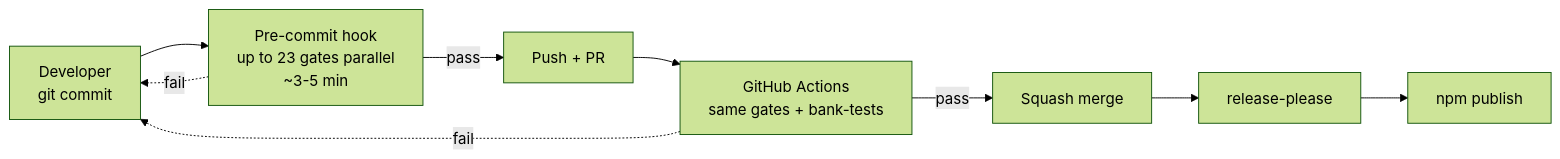
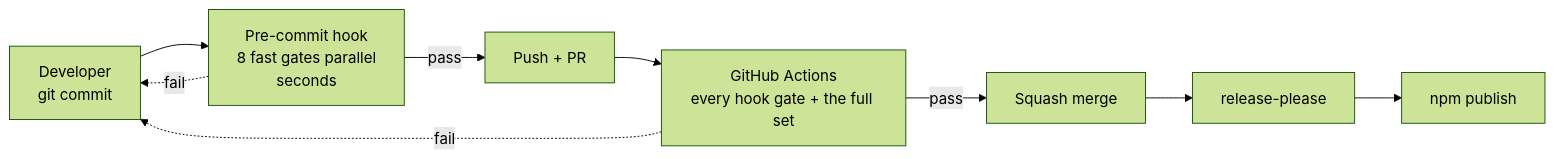
One commit to sergienko4/israeli-bank-scrapers changed the diagram in docs/workflow/index.md. Above: the diagram before and after it, drawn with Mermaid (forest theme). The commit also changed other lines of this file and 23 other files, not shown here.

First line of the commit message:
ci: move repo-wide hook gates to CI (#790)

````diff
--- a/docs/workflow/index.md
+++ b/docs/workflow/index.md
@@ -22,18 +22,18 @@
 ```mermaid
 flowchart LR
     DEV[Developer<br/>git commit]
-    PCH[Pre-commit hook<br/>up to 23 gates parallel<br/>~3-5 min]
+    PCH[Pre-commit hook<br/>8 fast gates parallel<br/>seconds]
     PR[Push + PR]
-    CI[GitHub Actions<br/>same gates + bank-tests]
+    CI[GitHub Actions<br/>every hook gate + the full set]
     MERGE[Squash merge]
     RP[release-please]
     PUB[npm publish]
 
     DEV --> PCH
     PCH -.->|"fail"| DEV
     PCH -->|"pass"| PR
     PR --> CI
     CI -.->|"fail"| DEV
     CI -->|"pass"| MERGE
     MERGE --> RP --> PUB
 ```
````
